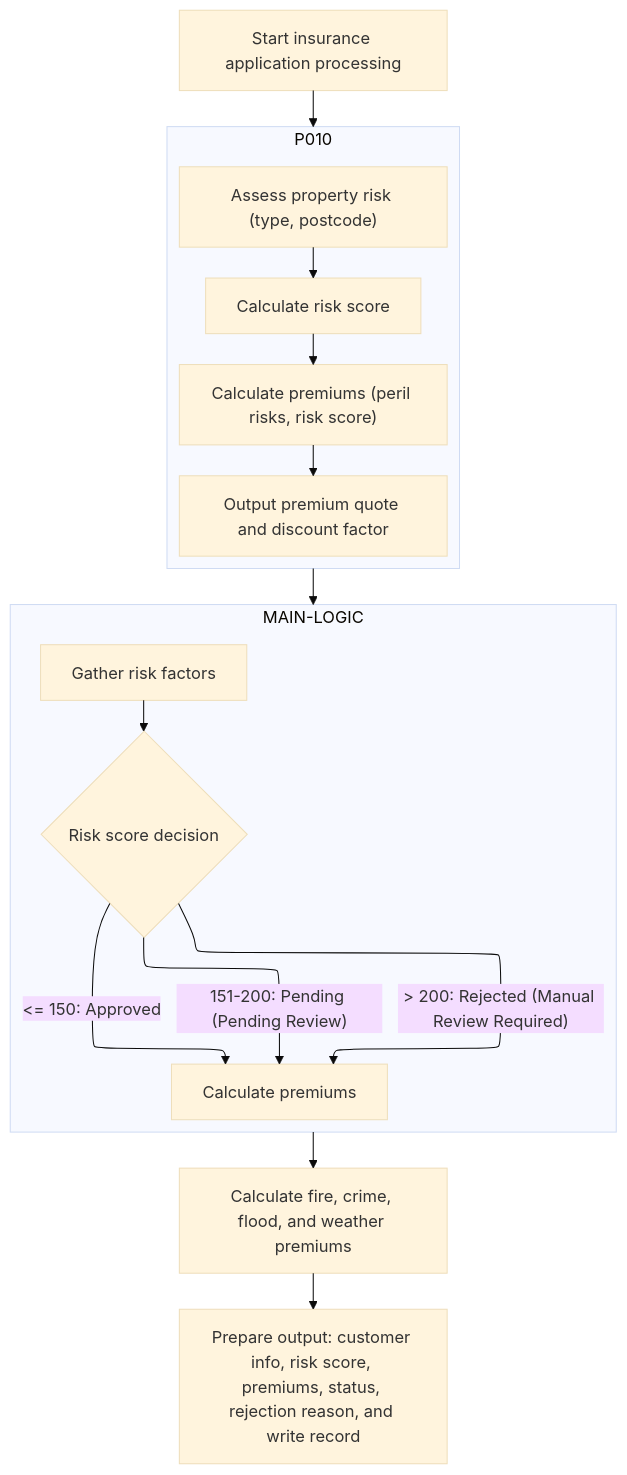
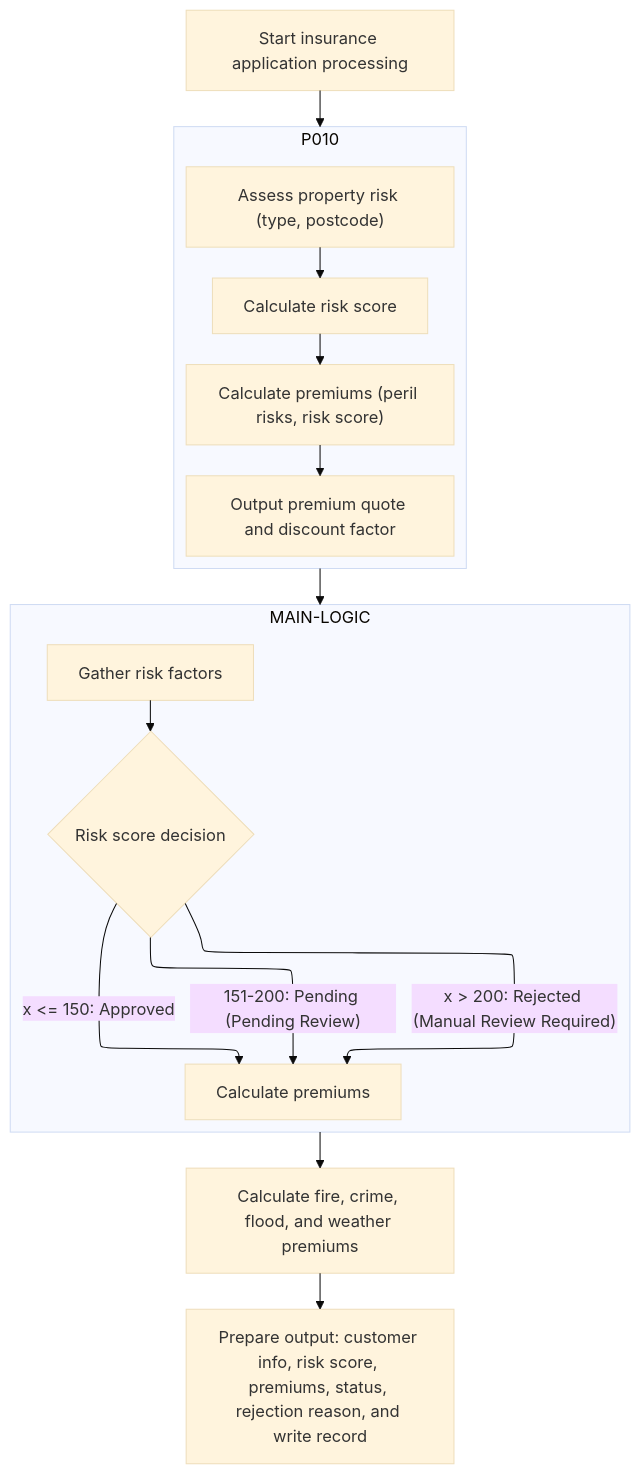
One commit to Swimm-Demo/kyndryl-cics-genapp changed the sixth of 15 diagrams in .swm/BusinessAnalyst-commercial-policy-batch-processing-lgapdb01.sgzu1.sw.md. Above: the diagram before and after it, drawn with Mermaid (base theme). The commit also changed other lines of this file and 1 other file, not shown here.

Commit message:
Cosmetics

````diff
--- a/.swm/BusinessAnalyst-commercial-policy-batch-processing-lgapdb01.sgzu1.sw.md
+++ b/.swm/BusinessAnalyst-commercial-policy-batch-processing-lgapdb01.sgzu1.sw.md
@@ -460,68 +460,68 @@
 ```mermaid
 %%{init: {"flowchart": {"defaultRenderer": "elk"}} }%%
 flowchart TD
     node1["Start insurance application processing"] --> node2["Validate and initialize customer data"]
     click node1 openCode "base/src/LGAPDB01.cbl:109:113"
     node2 --> node3["Assess risk and process main logic"]
     click node2 openCode "base/src/LGAPDB01.cbl:115:125"
     node3 --> node4["Calculate fire, crime, flood, and weather premiums"]
     click node3 openCode "base/src/LGAPDB03.cbl:42:92"
     node4 --> node5["Prepare output: customer info, risk score, premiums, status, rejection reason, and write record"]
     click node4 openCode "base/src/LGAPDB03.cbl:92:125"
     click node5 openCode "base/src/LGAPDB01.cbl:128:140"
 
 
 subgraph node2 [P010]
   sgmain_1_node1["Assess property risk (type, postcode)"] --> sgmain_1_node2["Calculate risk score"]
   click sgmain_1_node1 openCode "base/src/LGAPDB01.cbl:115:117"
   sgmain_1_node2["Calculate risk score"] --> sgmain_1_node3["Calculate premiums (peril risks, risk score)"]
   click sgmain_1_node2 openCode "base/src/LGAPDB02.cbl:24:56"
   sgmain_1_node3["Calculate premiums (peril risks, risk score)"] --> sgmain_1_node4["Output premium quote and discount factor"]
   click sgmain_1_node3 openCode "base/src/LGAPDB02.cbl:56:118"
   click sgmain_1_node4 openCode "base/src/LGAPDB01.cbl:119:123"
 end
 
 subgraph node3 [MAIN-LOGIC]
   sgmain_2_node1["Gather risk factors"] --> sgmain_2_node2{"Risk score decision"}
   click sgmain_2_node1 openCode "base/src/LGAPDB03.cbl:43:43"
-  sgmain_2_node2 -->|"> 200: Rejected (Manual Review Required)"| sgmain_2_node3["Calculate premiums"]
+  sgmain_2_node2 -->|"x > 200: Rejected (Manual Review Required)"| sgmain_2_node3["Calculate premiums"]
   sgmain_2_node2 -->|"151-200: Pending (Pending Review)"| sgmain_2_node3
-  sgmain_2_node2 -->|"<= 150: Approved"| sgmain_2_node3
+  sgmain_2_node2 -->|"x <= 150: Approved"| sgmain_2_node3
   click sgmain_2_node2 openCode "base/src/LGAPDB03.cbl:73:90"
   click sgmain_2_node3 openCode "base/src/LGAPDB03.cbl:45:45"
 end
 
 %% Swimm:
 %% %%{init: {"flowchart": {"defaultRenderer": "elk"}} }%%
 %% flowchart TD
 %%     node1["Start insurance application processing"] --> node2["Validate and initialize customer data"]
 %%     click node1 openCode "<SwmPath repo-id="Z2l0aHViJTNBJTNBa3luZHJ5bC1jaWNzLWdlbmFwcCUzQSUzQVN3aW1tLURlbW8=" repo-name="kyndryl-cics-genapp" path="/base/src/LGAPDB01.cbl">`(kyndryl-cics-genapp) base/src/LGAPDB01.cbl`</SwmPath>:109:113"
 %%     node2 --> node3["Assess risk and process main logic"]
 %%     click node2 openCode "<SwmPath repo-id="Z2l0aHViJTNBJTNBa3luZHJ5bC1jaWNzLWdlbmFwcCUzQSUzQVN3aW1tLURlbW8=" repo-name="kyndryl-cics-genapp" path="/base/src/LGAPDB01.cbl">`(kyndryl-cics-genapp) base/src/LGAPDB01.cbl`</SwmPath>:115:125"
 %%     node3 --> node4["Calculate fire, crime, flood, and weather premiums"]
 %%     click node3 openCode "<SwmPath repo-id="Z2l0aHViJTNBJTNBa3luZHJ5bC1jaWNzLWdlbmFwcCUzQSUzQVN3aW1tLURlbW8=" repo-name="kyndryl-cics-genapp" path="/base/src/LGAPDB03.cbl">`(kyndryl-cics-genapp) base/src/LGAPDB03.cbl`</SwmPath>:42:92"
 %%     node4 --> node5["Prepare output: customer info, risk score, premiums, status, rejection reason, and write record"]
 %%     click node4 openCode "<SwmPath repo-id="Z2l0aHViJTNBJTNBa3luZHJ5bC1jaWNzLWdlbmFwcCUzQSUzQVN3aW1tLURlbW8=" repo-name="kyndryl-cics-genapp" path="/base/src/LGAPDB03.cbl">`(kyndryl-cics-genapp) base/src/LGAPDB03.cbl`</SwmPath>:92:125"
 %%     click node5 openCode "<SwmPath repo-id="Z2l0aHViJTNBJTNBa3luZHJ5bC1jaWNzLWdlbmFwcCUzQSUzQVN3aW1tLURlbW8=" repo-name="kyndryl-cics-genapp" path="/base/src/LGAPDB01.cbl">`(kyndryl-cics-genapp) base/src/LGAPDB01.cbl`</SwmPath>:128:140"
 %% 
 %% 
 %% subgraph node2 [<SwmToken path="/base/src/LGAPDB01.cbl" pos="110:3:3" line-data="           PERFORM P010" repo-id="Z2l0aHViJTNBJTNBa3luZHJ5bC1jaWNzLWdlbmFwcCUzQSUzQVN3aW1tLURlbW8=" repo-name="kyndryl-cics-genapp">`P010`</SwmToken>]
 %%   sgmain_1_node1["Assess property risk (type, postcode)"] --> sgmain_1_node2["Calculate risk score"]
 %%   click sgmain_1_node1 openCode "<SwmPath repo-id="Z2l0aHViJTNBJTNBa3luZHJ5bC1jaWNzLWdlbmFwcCUzQSUzQVN3aW1tLURlbW8=" repo-name="kyndryl-cics-genapp" path="/base/src/LGAPDB01.cbl">`(kyndryl-cics-genapp) base/src/LGAPDB01.cbl`</SwmPath>:115:117"
 %%   sgmain_1_node2["Calculate risk score"] --> sgmain_1_node3["Calculate premiums (peril risks, risk score)"]
 %%   click sgmain_1_node2 openCode "<SwmPath repo-id="Z2l0aHViJTNBJTNBa3luZHJ5bC1jaWNzLWdlbmFwcCUzQSUzQVN3aW1tLURlbW8=" repo-name="kyndryl-cics-genapp" path="/base/src/LGAPDB02.cbl">`(kyndryl-cics-genapp) base/src/LGAPDB02.cbl`</SwmPath>:24:56"
 %%   sgmain_1_node3["Calculate premiums (peril risks, risk score)"] --> sgmain_1_node4["Output premium quote and discount factor"]
 %%   click sgmain_1_node3 openCode "<SwmPath repo-id="Z2l0aHViJTNBJTNBa3luZHJ5bC1jaWNzLWdlbmFwcCUzQSUzQVN3aW1tLURlbW8=" repo-name="kyndryl-cics-genapp" path="/base/src/LGAPDB02.cbl">`(kyndryl-cics-genapp) base/src/LGAPDB02.cbl`</SwmPath>:56:118"
 %%   click sgmain_1_node4 openCode "<SwmPath repo-id="Z2l0aHViJTNBJTNBa3luZHJ5bC1jaWNzLWdlbmFwcCUzQSUzQVN3aW1tLURlbW8=" repo-name="kyndryl-cics-genapp" path="/base/src/LGAPDB01.cbl">`(kyndryl-cics-genapp) base/src/LGAPDB01.cbl`</SwmPath>:119:123"
 %% end
 %% 
 %% subgraph node3 [<SwmToken path="/base/src/LGAPDB02.cbl" pos="26:1:3" line-data="       MAIN-LOGIC." repo-id="Z2l0aHViJTNBJTNBa3luZHJ5bC1jaWNzLWdlbmFwcCUzQSUzQVN3aW1tLURlbW8=" repo-name="kyndryl-cics-genapp">`MAIN-LOGIC`</SwmToken>]
 %%   sgmain_2_node1["Gather risk factors"] --> sgmain_2_node2{"Risk score decision"}
 %%   click sgmain_2_node1 openCode "<SwmPath repo-id="Z2l0aHViJTNBJTNBa3luZHJ5bC1jaWNzLWdlbmFwcCUzQSUzQVN3aW1tLURlbW8=" repo-name="kyndryl-cics-genapp" path="/base/src/LGAPDB03.cbl">`(kyndryl-cics-genapp) base/src/LGAPDB03.cbl`</SwmPath>:43:43"
-%%   sgmain_2_node2 -->|"> 200: Rejected (Manual Review Required)"| sgmain_2_node3["Calculate premiums"]
+%%   sgmain_2_node2 -->|"x > 200: Rejected (Manual Review Required)"| sgmain_2_node3["Calculate premiums"]
 %%   sgmain_2_node2 -->|"151-200: Pending (Pending Review)"| sgmain_2_node3
-%%   sgmain_2_node2 -->|"<= 150: Approved"| sgmain_2_node3
+%%   sgmain_2_node2 -->|"x <= 150: Approved"| sgmain_2_node3
 %%   click sgmain_2_node2 openCode "<SwmPath repo-id="Z2l0aHViJTNBJTNBa3luZHJ5bC1jaWNzLWdlbmFwcCUzQSUzQVN3aW1tLURlbW8=" repo-name="kyndryl-cics-genapp" path="/base/src/LGAPDB03.cbl">`(kyndryl-cics-genapp) base/src/LGAPDB03.cbl`</SwmPath>:73:90"
 %%   click sgmain_2_node3 openCode "<SwmPath repo-id="Z2l0aHViJTNBJTNBa3luZHJ5bC1jaWNzLWdlbmFwcCUzQSUzQVN3aW1tLURlbW8=" repo-name="kyndryl-cics-genapp" path="/base/src/LGAPDB03.cbl">`(kyndryl-cics-genapp) base/src/LGAPDB03.cbl`</SwmPath>:45:45"
 %% end
 ```
````
